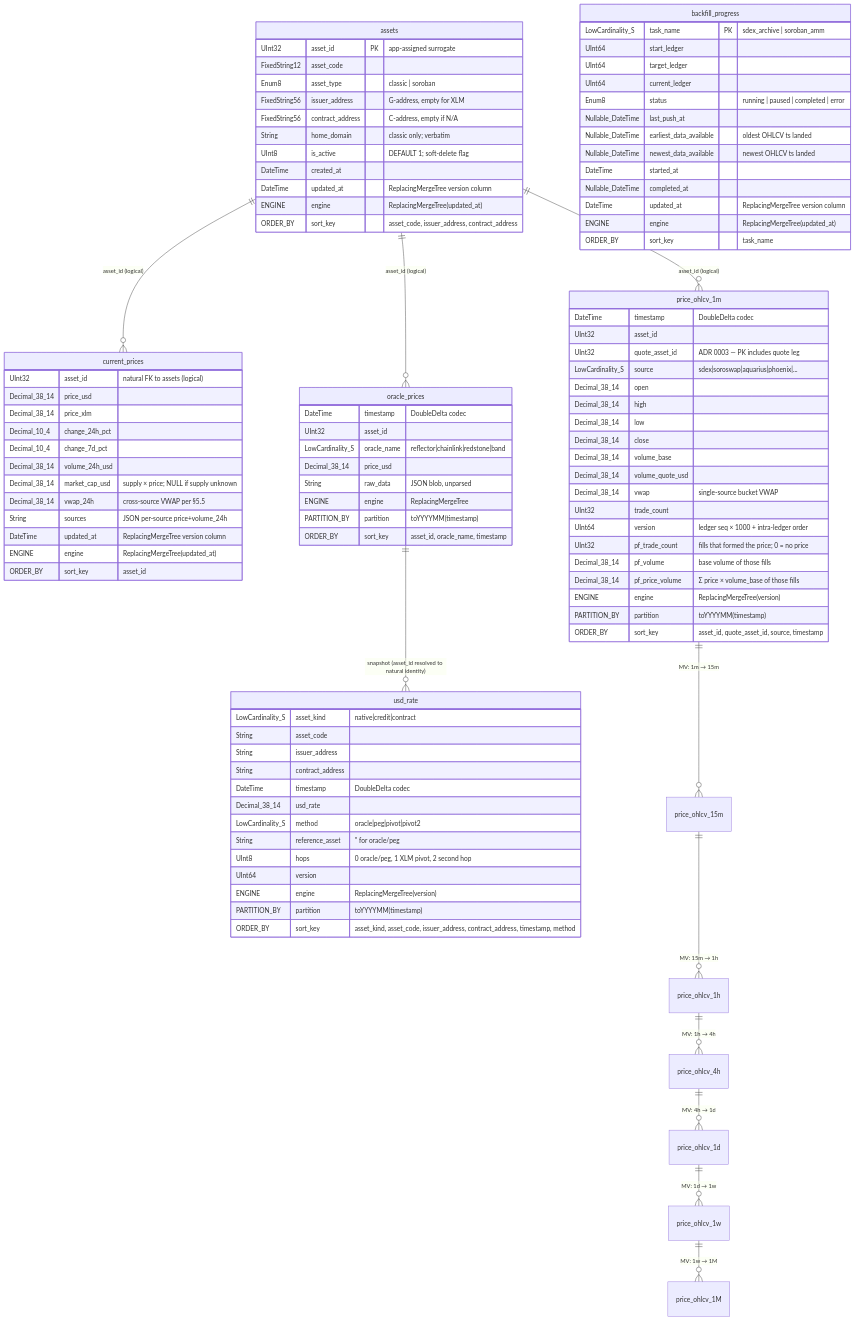
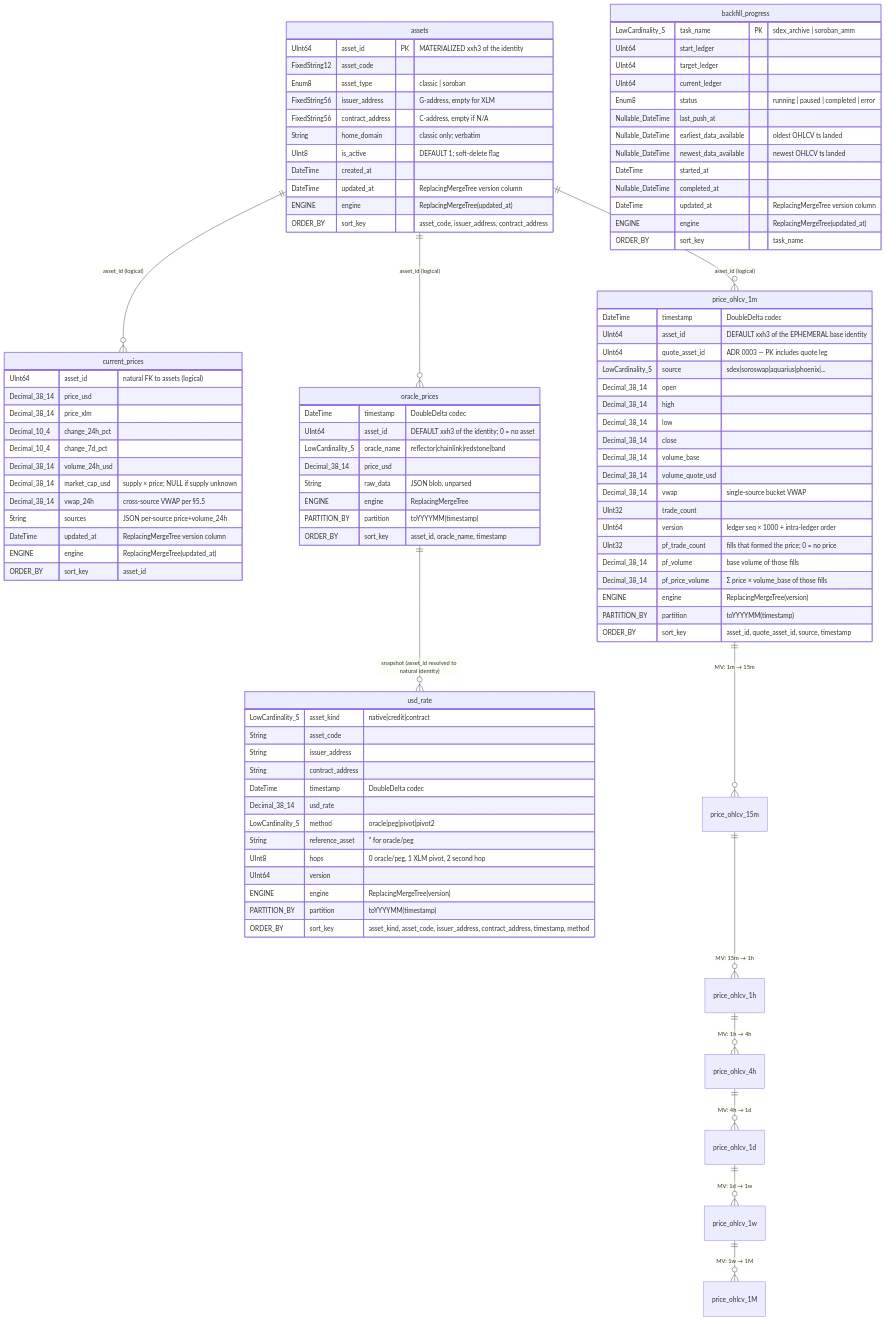
One commit to rumblefishdev/stellar-prices-api changed the third of 13 diagrams in docs/database-schema/database-schema-overview.md. Above: the diagram before and after it, drawn with Mermaid. The commit also changed other lines of this file and 1 other file, not shown here.

Commit message:
docs(lore-0139): document the derived UInt64 asset id

```diff
--- a/docs/database-schema/database-schema-overview.md
+++ b/docs/database-schema/database-schema-overview.md
@@ -214,7 +215,7 @@
     price_ohlcv_1w  ||--o{ price_ohlcv_1M : "MV: 1w → 1M"
 
     assets {
-        UInt32         asset_id PK "app-assigned surrogate"
+        UInt64         asset_id PK "MATERIALIZED xxh3 of the identity"
         FixedString12  asset_code
         Enum8          asset_type "classic | soroban"
         FixedString56  issuer_address "G-address, empty for XLM"
@@ -229,8 +230,8 @@
 
     price_ohlcv_1m {
         DateTime           timestamp "DoubleDelta codec"
-        UInt32             asset_id
-        UInt32             quote_asset_id "ADR 0003 — PK includes quote leg"
+        UInt64             asset_id "DEFAULT xxh3 of the EPHEMERAL base identity"
+        UInt64             quote_asset_id "ADR 0003 — PK includes quote leg"
         LowCardinality_S   source "sdex|soroswap|aquarius|phoenix|..."
         Decimal_38_14      open
         Decimal_38_14      high
@@ -250,7 +251,7 @@
     }
 
     current_prices {
-        UInt32             asset_id "natural FK to assets (logical)"
+        UInt64             asset_id "natural FK to assets (logical)"
         Decimal_38_14      price_usd
         Decimal_38_14      price_xlm
         Decimal_10_4       change_24h_pct
@@ -266,7 +267,7 @@
 
     oracle_prices {
         DateTime           timestamp "DoubleDelta codec"
-        UInt32             asset_id
+        UInt64             asset_id "DEFAULT xxh3 of the identity; 0 = no asset"
         LowCardinality_S   oracle_name "reflector|chainlink|redstone|band"
         Decimal_38_14      price_usd
         String             raw_data "JSON blob, unparsed"
```
